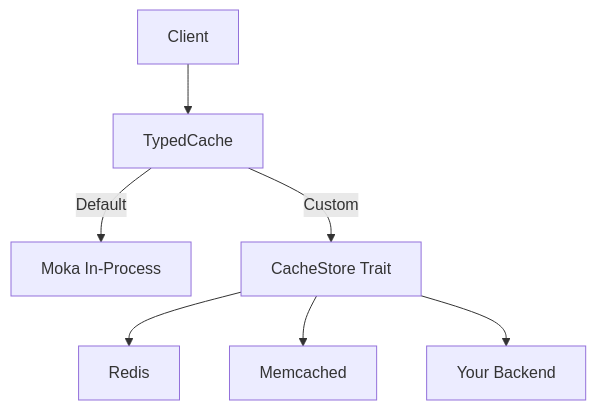
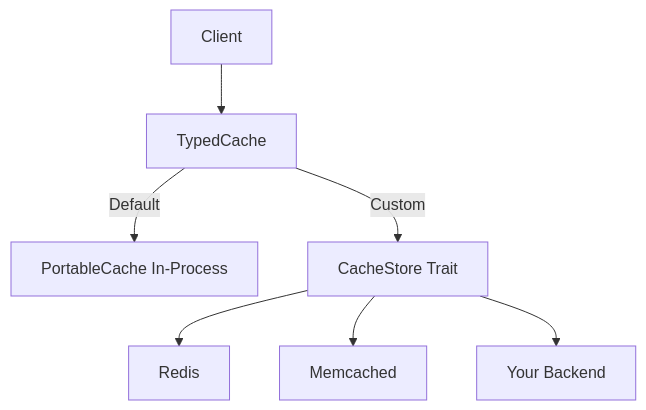
One commit to jlucaso1/whatsapp-rust-docs changed the second of 2 diagrams in concepts/storage.mdx. Above: the diagram before and after it, drawn with Mermaid. The commit also changed other lines of this file and 4 other files, not shown here.

First line of the commit message:
docs: drop moka, update cache docs for PortableCache (whatsapp-rust#860)

````diff
--- a/concepts/storage.mdx
+++ b/concepts/storage.mdx
@@ -1062,9 +1049,9 @@
 ```mermaid
 graph TB
     A[Client] --> B[TypedCache]
-    B -->|Default| C[Moka In-Process]
+    B -->|Default| C[PortableCache In-Process]
     B -->|Custom| D[CacheStore Trait]
     D --> E[Redis]
     D --> F[Memcached]
     D --> G[Your Backend]
 ```
````
